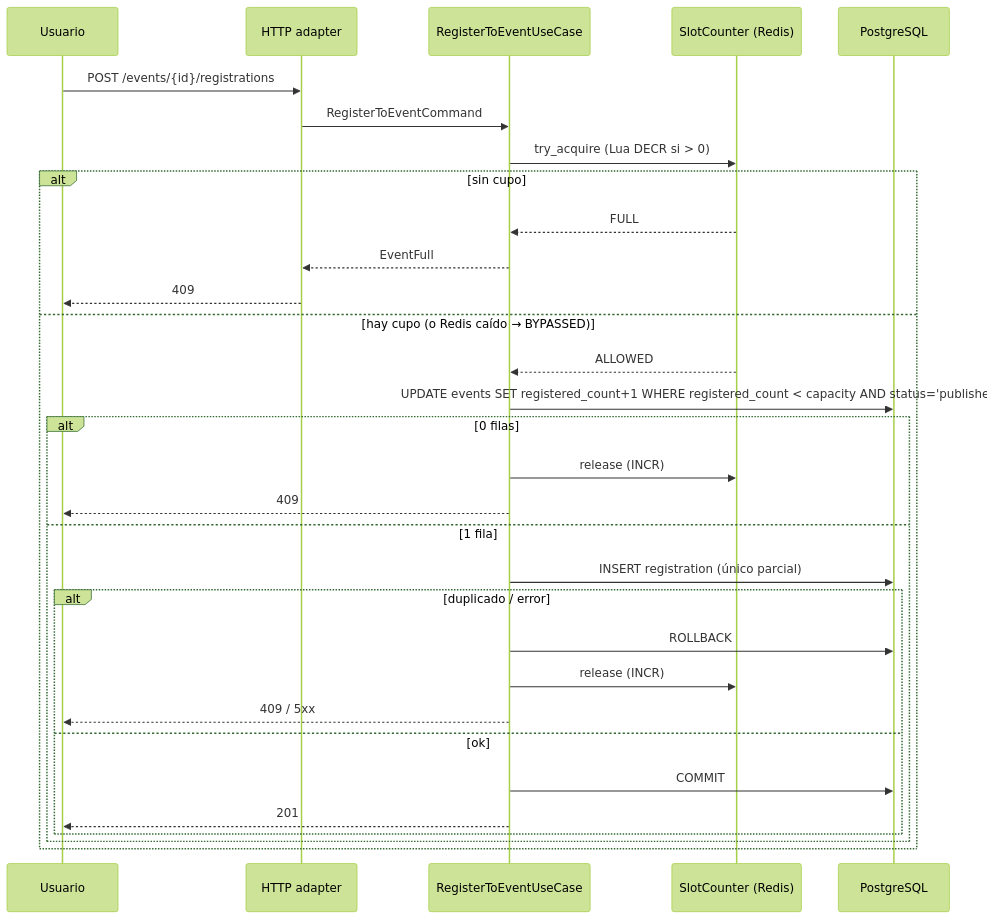
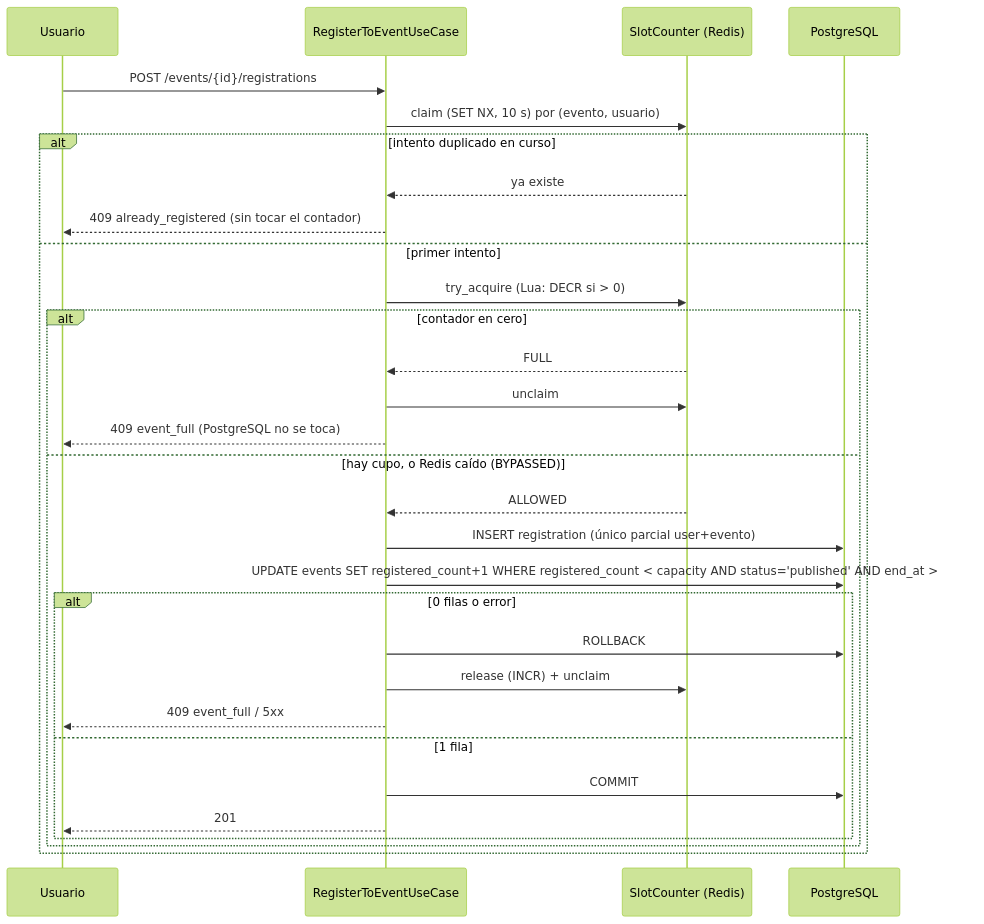
One commit to JulianAllegretti/mis-eventos changed the second of 2 diagrams in docs/tdd.md. Above: the diagram before and after it, drawn with Mermaid (forest theme). The commit also changed other lines of this file and 2 other files, not shown here.

Commit message:
docs: alinear ADR 0005, TDD y spec con la implementación del día 3
- ADR 0005: candado por (evento, usuario) que evita la subventa por clics
  dobles, nombre real de la clave del contador, orden insert -> update
  condicional y pruebas de concurrencia implementadas
- TDD: diagrama de la inscripción con el candado, cascada de sesiones,
  detalles del job de mantenimiento e inscripción a sesiones
- Spec: los clics dobles se colapsan en una sola inscripción

````diff
--- a/docs/tdd.md
+++ b/docs/tdd.md
@@ -394,34 +394,33 @@
 ```mermaid
 sequenceDiagram
     participant U as Usuario
-    participant H as HTTP adapter
     participant UC as RegisterToEventUseCase
     participant R as SlotCounter (Redis)
     participant DB as PostgreSQL
 
-    U->>H: POST /events/{id}/registrations
-    H->>UC: RegisterToEventCommand
-    UC->>R: try_acquire (Lua DECR si > 0)
-    alt sin cupo
-        R-->>UC: FULL
-        UC-->>H: EventFull
-        H-->>U: 409
-    else hay cupo (o Redis caído → BYPASSED)
-        R-->>UC: ALLOWED
-        UC->>DB: UPDATE events SET registered_count+1 WHERE registered_count < capacity AND status='published'
-        alt 0 filas
-            UC->>R: release (INCR)
-            UC-->>U: 409
-        else 1 fila
-            UC->>DB: INSERT registration (único parcial)
-            alt duplicado / error
+    U->>UC: POST /events/{id}/registrations
+    UC->>R: claim (SET NX, 10 s) por (evento, usuario)
+    alt intento duplicado en curso
+        R-->>UC: ya existe
+        UC-->>U: 409 already_registered (sin tocar el contador)
+    else primer intento
+        UC->>R: try_acquire (Lua: DECR si > 0)
+        alt contador en cero
+            R-->>UC: FULL
+            UC->>R: unclaim
+            UC-->>U: 409 event_full (PostgreSQL no se toca)
+        else hay cupo, o Redis caído (BYPASSED)
+            R-->>UC: ALLOWED
+            UC->>DB: INSERT registration (único parcial user+evento)
+            UC->>DB: UPDATE events SET registered_count+1 WHERE registered_count < capacity AND status='published' AND end_at >= now
+            alt 0 filas o error
                 UC->>DB: ROLLBACK
-                UC->>R: release (INCR)
-                UC-->>U: 409 / 5xx
-            else ok
+                UC->>R: release (INCR) + unclaim
+                UC-->>U: 409 event_full / 5xx
+            else 1 fila
                 UC->>DB: COMMIT
                 UC-->>U: 201
             end
         end
     end
 ```
````
